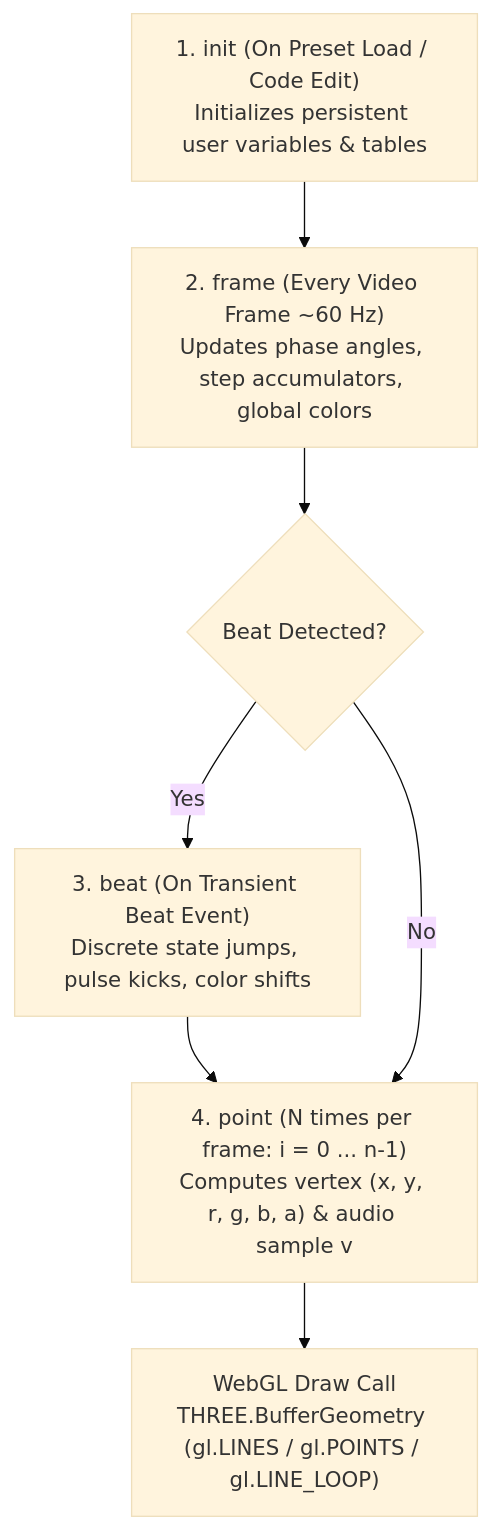
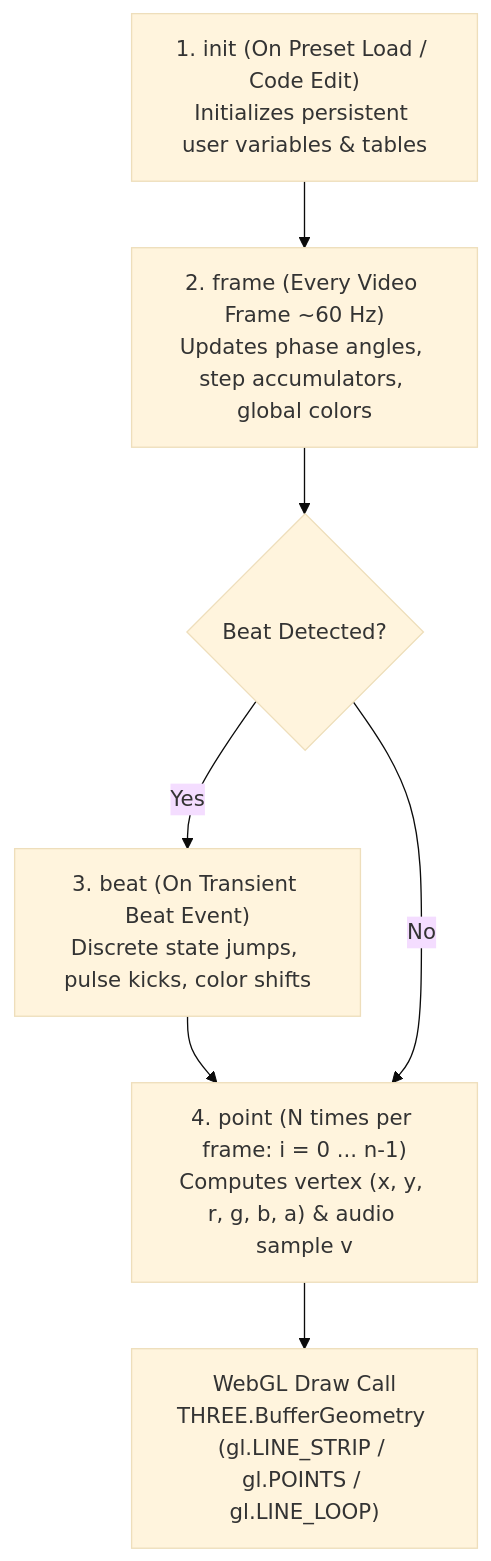
One commit to andyjpeck/visualitzacio changed the diagram in component_proposals/duperscope.md. Above: the diagram before and after it, drawn with Mermaid (base theme). The commit also changed other lines of this file and 10 other files, not shown here.

````diff
--- a/component_proposals/duperscope.md
+++ b/component_proposals/duperscope.md
@@ -20,15 +20,15 @@
 ```mermaid
 flowchart TD
     Init["1. init (On Preset Load / Code Edit)\nInitializes persistent user variables & tables"]
     Frame["2. frame (Every Video Frame ~60 Hz)\nUpdates phase angles, step accumulators, global colors"]
     Beat{"Beat Detected?"}
     BeatExec["3. beat (On Transient Beat Event)\nDiscrete state jumps, pulse kicks, color shifts"]
     PointLoop["4. point (N times per frame: i = 0 ... n-1)\nComputes vertex (x, y, r, g, b, a) & audio sample v"]
-    Render["WebGL Draw Call\nTHREE.BufferGeometry (gl.LINES / gl.POINTS / gl.LINE_LOOP)"]
+    Render["WebGL Draw Call\nTHREE.BufferGeometry (gl.LINE_STRIP / gl.POINTS / gl.LINE_LOOP)"]
 
     Init --> Frame
     Frame --> Beat
     Beat -- Yes --> BeatExec --> PointLoop
     Beat -- No --> PointLoop
     PointLoop --> Render
 ```
````
